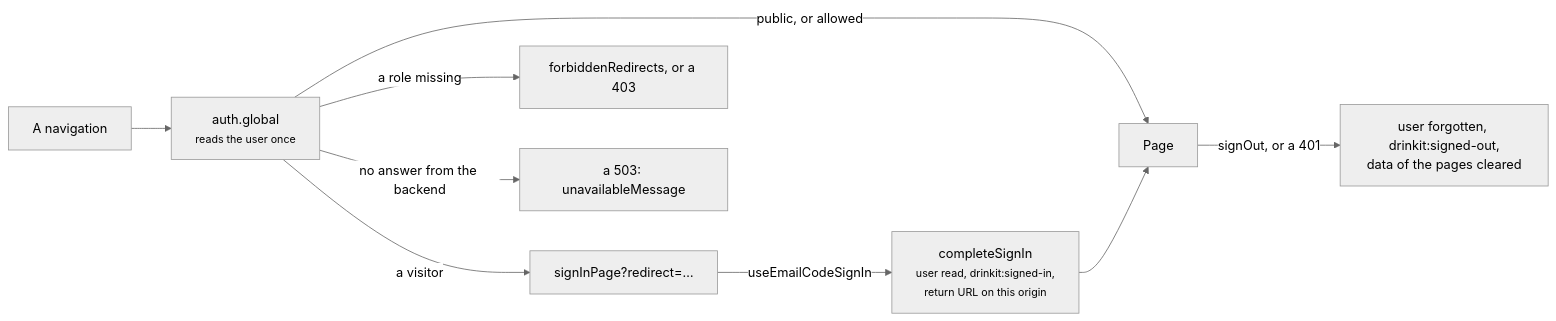
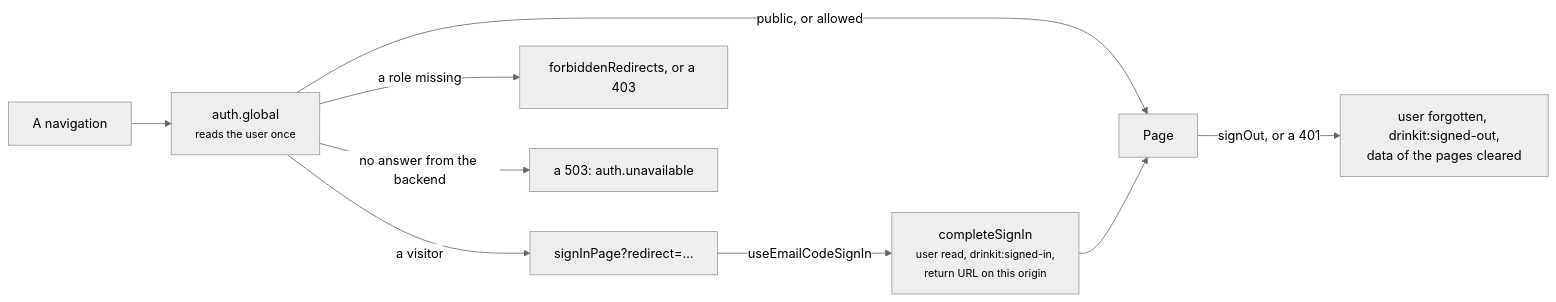
One commit to mboisnard/drinkit changed the diagram in tech-starters/frontend/security-starter/README.md. Above: the diagram before and after it, drawn with Mermaid (neutral theme). The commit also changed other lines of this file and 104 other files, not shown here.

````diff
--- a/tech-starters/frontend/security-starter/README.md
+++ b/tech-starters/frontend/security-starter/README.md
@@ -12,11 +12,11 @@
 ```mermaid
 flowchart LR
   Nav["A navigation"] --> MW["auth.global<br/><small>reads the user once</small>"]
   MW -- "public, or allowed" --> Page
   MW -- "a visitor" --> SignIn["signInPage?redirect=…"]
   MW -- "a role missing" --> Other["forbiddenRedirects, or a 403"]
-  MW -- "no answer from the backend" --> Down["a 503: unavailableMessage"]
+  MW -- "no answer from the backend" --> Down["a 503: auth.unavailable"]
   SignIn -- "useEmailCodeSignIn" --> Done["completeSignIn<br/><small>user read, drinkit:signed-in,<br/>return URL on this origin</small>"]
   Done --> Page
   Page -- "signOut, or a 401" --> Out["user forgotten, drinkit:signed-out,<br/>data of the pages cleared"]
 ```
````
